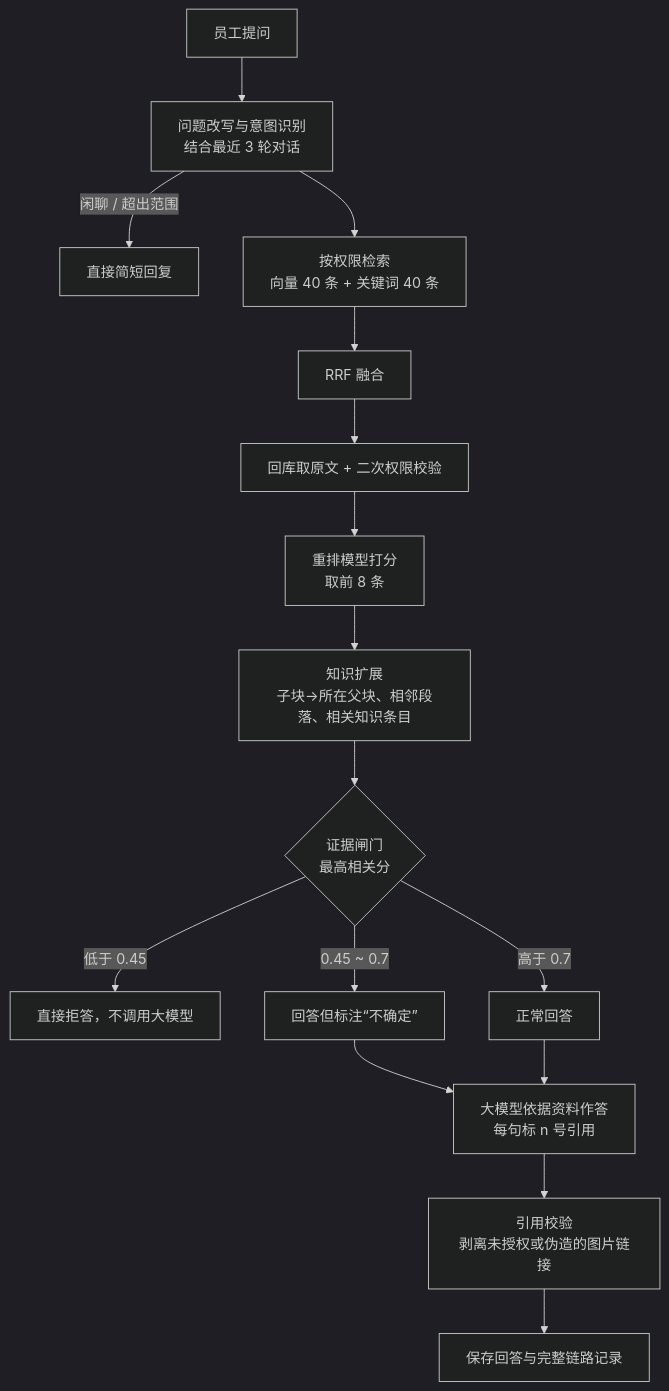
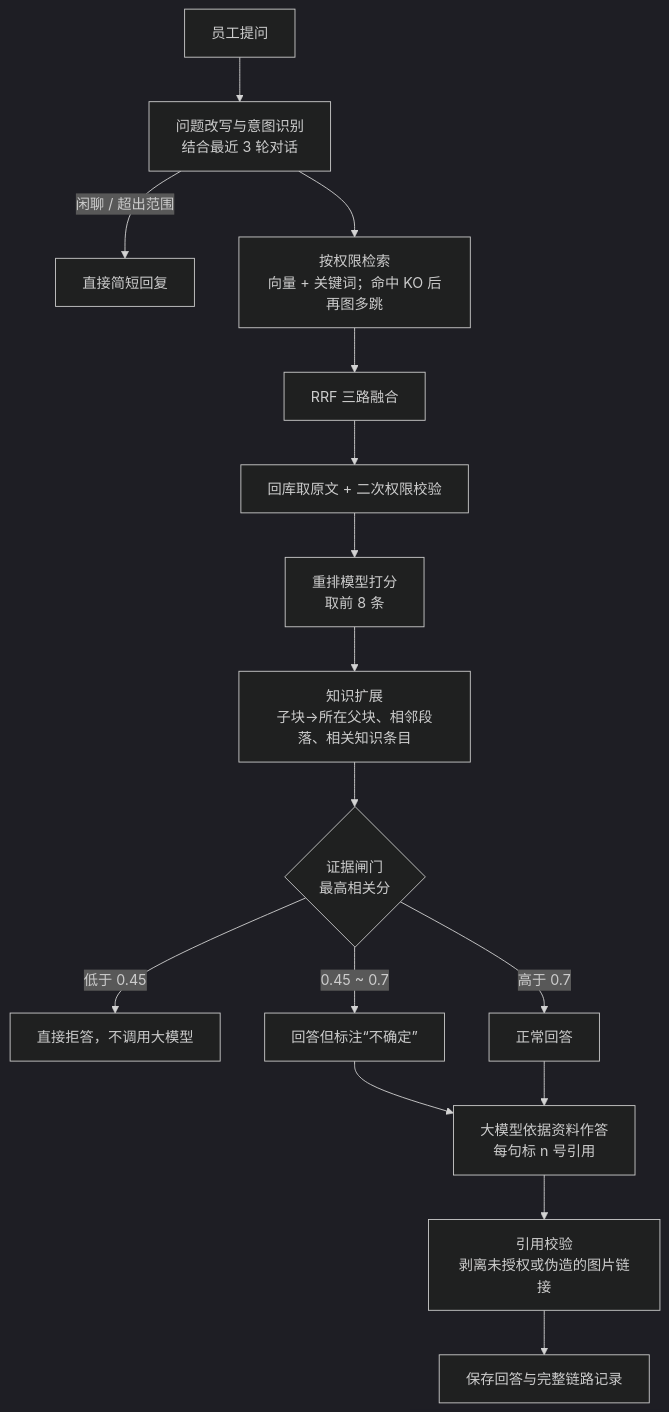
One commit to skyteam168/knowledge changed the second of 4 diagrams in docs/system-overview.md. Above: the diagram before and after it, drawn with Mermaid (dark theme). The commit also changed other lines of this file and 228 other files, not shown here.

````diff
--- a/docs/system-overview.md
+++ b/docs/system-overview.md
@@ -122,17 +124,17 @@
 ```mermaid
 flowchart TD
   Q[员工提问] --> R[问题改写与意图识别<br/>结合最近 3 轮对话]
   R -->|闲聊 / 超出范围| X[直接简短回复]
-  R --> S[按权限检索<br/>向量 40 条 + 关键词 40 条]
-  S --> F[RRF 融合]
+  R --> S[按权限检索<br/>向量 + 关键词；命中 KO 后再图多跳]
+  S --> F[RRF 三路融合]
   F --> H[回库取原文 + 二次权限校验]
   H --> RR[重排模型打分<br/>取前 8 条]
   RR --> E[知识扩展<br/>子块→所在父块、相邻段落、相关知识条目]
   E --> G{证据闸门<br/>最高相关分}
   G -->|低于 0.45| NO[直接拒答，不调用大模型]
   G -->|0.45 ~ 0.7| UN[回答但标注“不确定”]
   G -->|高于 0.7| OK[正常回答]
   UN & OK --> L[大模型依据资料作答<br/>每句标 n 号引用]
   L --> V[引用校验<br/>剥离未授权或伪造的图片链接]
   V --> T[保存回答与完整链路记录]
 ```
````
